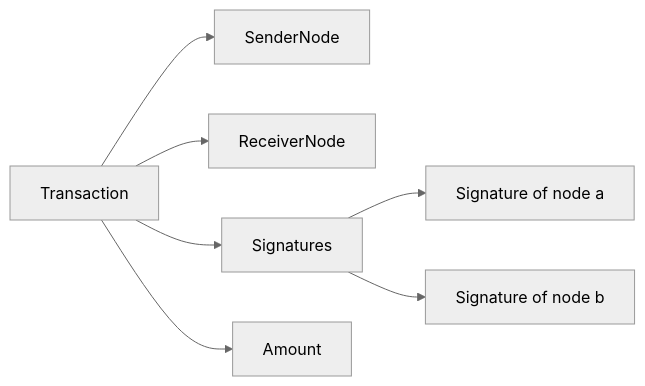
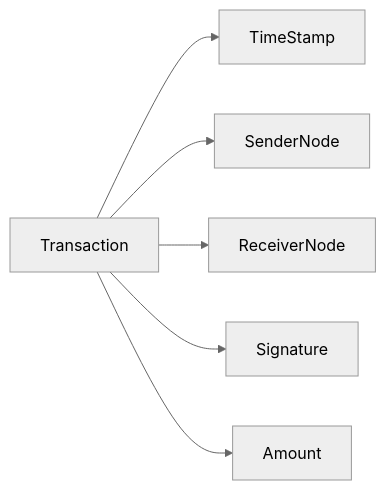
One commit to Swelshin/SwelCoin changed the second of 2 diagrams in README.md. Above: the diagram before and after it, drawn with Mermaid (neutral theme). The commit also changed other lines of this file and 6 other files, not shown here.

````diff
--- a/README.md
+++ b/README.md
@@ -34,16 +34,14 @@
 ```mermaid
 flowchart LR
     block["Transaction"]
     sender["SenderNode"]
     receiver["ReceiverNode"]
-    signatures["Signatures"]
-    signaturea["Signature of node a"]
-    signatureb["Signature of node b"]
+    signatures["Signature"]
     amount["Amount"]
+    timestamp["TimeStamp"]
+    block --> timestamp
     block --> sender
     block --> receiver
     block --> signatures
-    signatures --> signaturea
-    signatures --> signatureb
     block --> amount
 ```
````
